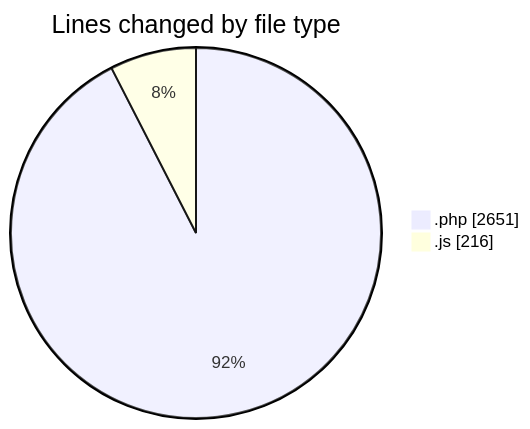
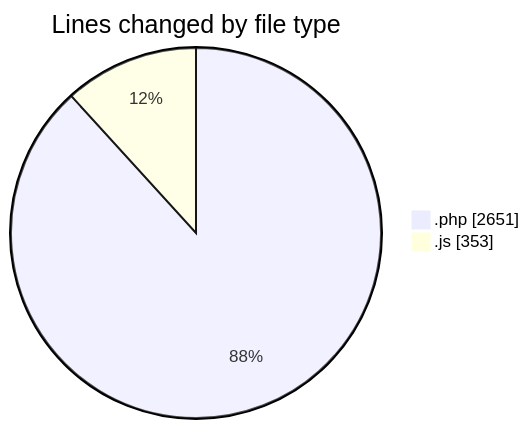
One commit to debugP/code-tracking changed the first of 2 diagrams in 2025-10-24/untitled__workspace_/README.md. Above: the diagram before and after it, drawn with Mermaid. The commit also changed other lines of this file and 1 other file, not shown here.

````diff
--- a/2025-10-24/untitled__workspace_/README.md
+++ b/2025-10-24/untitled__workspace_/README.md
@@ -23,6 +24,6 @@
 ```mermaid
 pie showData
 title Lines changed by file type
 ".php" : 2651
-".js" : 216
+".js" : 353
 ```
````
